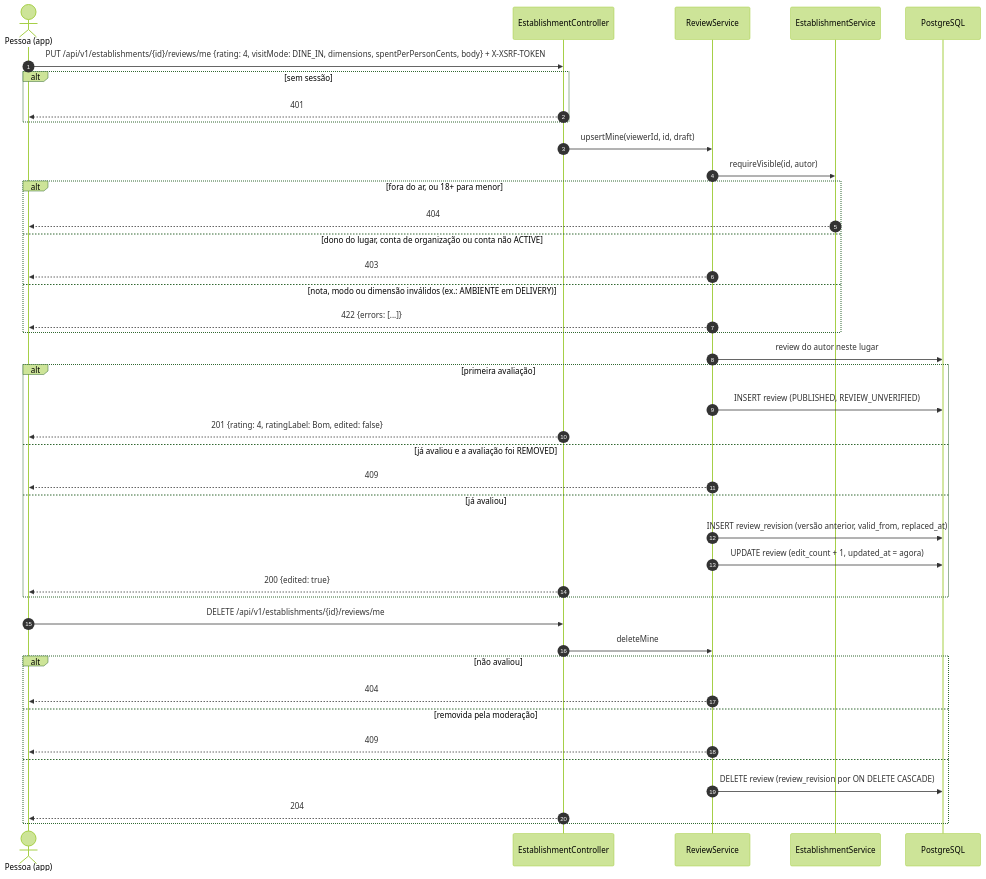
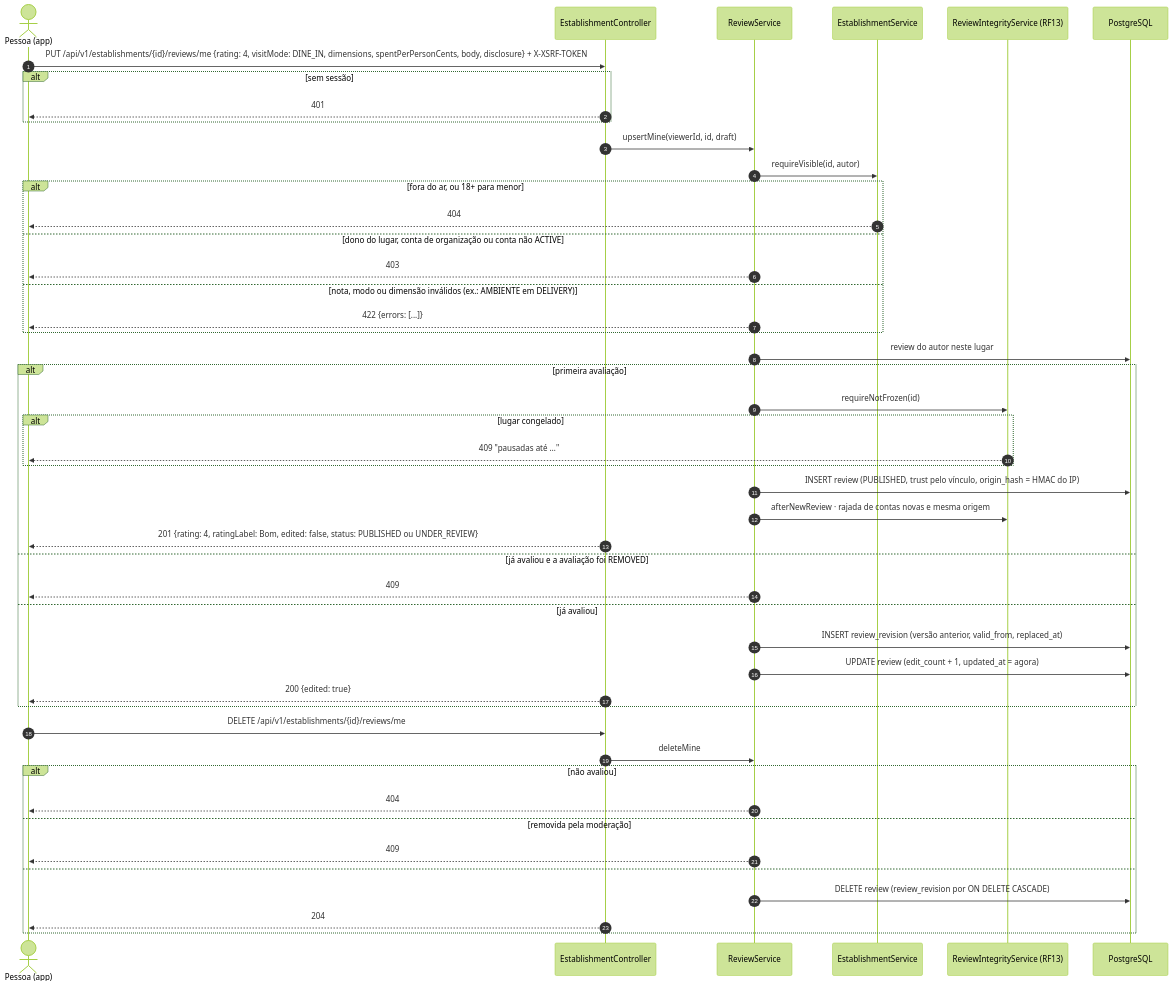
One commit to MatheusHaliski/Friendly-Eats changed the first of 2 diagrams in docs/RF8/sequencia.md. Above: the diagram before and after it, drawn with Mermaid (forest theme). The commit also changed 90 other files, not shown here.

````diff
--- a/docs/RF8/sequencia.md
+++ b/docs/RF8/sequencia.md
@@ -5,44 +5,50 @@
 ```mermaid
 sequenceDiagram
     autonumber
     actor P as Pessoa (app)
     participant API as EstablishmentController
     participant RS as ReviewService
     participant ES as EstablishmentService
+    participant IS as ReviewIntegrityService (RF13)
     participant DB as PostgreSQL
 
-    P->>API: PUT /api/v1/establishments/{id}/reviews/me {rating: 4, visitMode: DINE_IN, dimensions, spentPerPersonCents, body} + X-XSRF-TOKEN
+    P->>API: PUT /api/v1/establishments/{id}/reviews/me {rating: 4, visitMode: DINE_IN, dimensions, spentPerPersonCents, body, disclosure} + X-XSRF-TOKEN
     alt sem sessão
         API-->>P: 401
     end
     API->>RS: upsertMine(viewerId, id, draft)
     RS->>ES: requireVisible(id, autor)
     alt fora do ar, ou 18+ para menor
         ES-->>P: 404
     else dono do lugar, conta de organização ou conta não ACTIVE
         RS-->>P: 403
     else nota, modo ou dimensão inválidos (ex.: AMBIENTE em DELIVERY)
         RS-->>P: 422 {errors: [...]}
     end
     RS->>DB: review do autor neste lugar
     alt primeira avaliação
-        RS->>DB: INSERT review (PUBLISHED, REVIEW_UNVERIFIED)
-        API-->>P: 201 {rating: 4, ratingLabel: Bom, edited: false}
+        RS->>IS: requireNotFrozen(id)
+        alt lugar congelado
+            IS-->>P: 409 "pausadas até …"
+        end
+        RS->>DB: INSERT review (PUBLISHED, trust pelo vínculo, origin_hash = HMAC do IP)
+        RS->>IS: afterNewReview · rajada de contas novas e mesma origem
+        API-->>P: 201 {rating: 4, ratingLabel: Bom, edited: false, status: PUBLISHED ou UNDER_REVIEW}
     else já avaliou e a avaliação foi REMOVED
         RS-->>P: 409
     else já avaliou
         RS->>DB: INSERT review_revision (versão anterior, valid_from, replaced_at)
         RS->>DB: UPDATE review (edit_count + 1, updated_at = agora)
         API-->>P: 200 {edited: true}
     end
     P->>API: DELETE /api/v1/establishments/{id}/reviews/me
     API->>RS: deleteMine
     alt não avaliou
         RS-->>P: 404
     else removida pela moderação
         RS-->>P: 409
     else
         RS->>DB: DELETE review (review_revision por ON DELETE CASCADE)
         API-->>P: 204
     end
 ```
````
